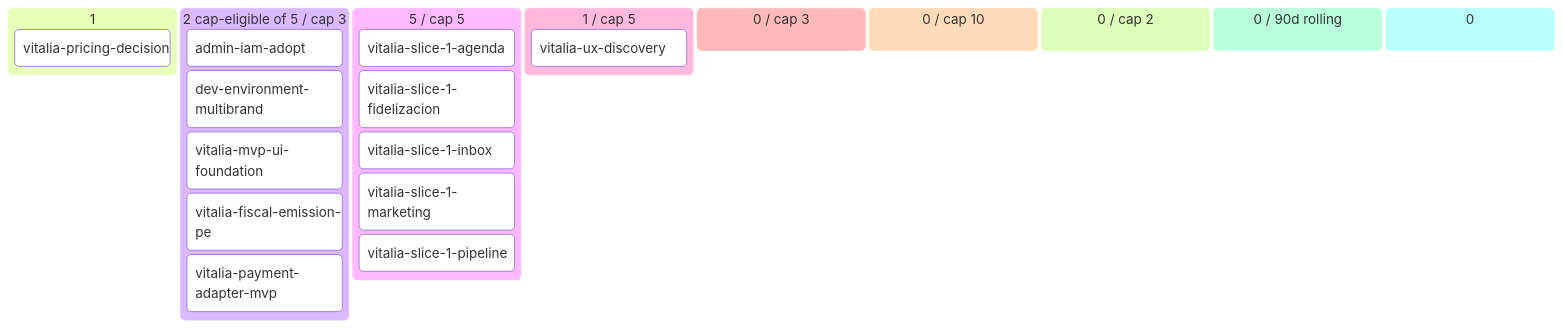
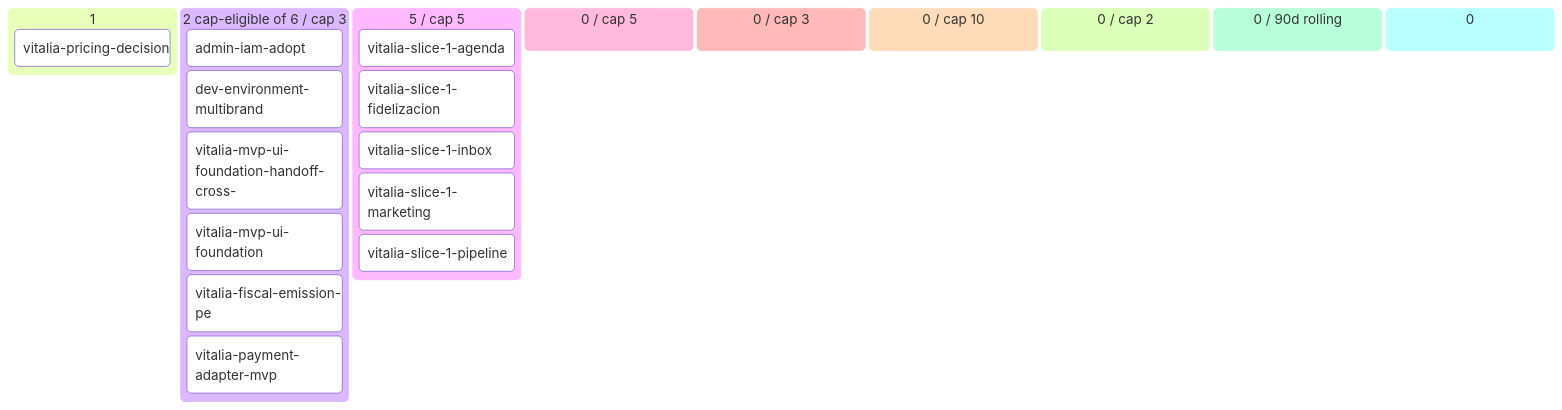
One commit to alpaca-purpura/luana-platform changed the diagram in vitalia/docs/product/BACKLOG.md. Above: the diagram before and after it, drawn with Mermaid. The commit also changed other lines of this file and 38 other files, not shown here.

First line of the commit message:
docs(vitalia): replan Slice 1 — ux-discovery done + olas 2+2+1 + pre-flight gates

````diff
--- a/vitalia/docs/product/BACKLOG.md
+++ b/vitalia/docs/product/BACKLOG.md
@@ -47,24 +48,24 @@
 ```mermaid
 kanban
   💡 Ideas (1)
     vitalia-pricing-decision[vitalia-pricing-decision]
-  🔬 Refining (2 cap-eligible of 5 / cap 3)
+  🔬 Refining (2 cap-eligible of 6 / cap 3)
     admin-iam-adopt[admin-iam-adopt]
     dev-environment-multibrand[dev-environment-multibrand]
+    vitalia-mvp-ui-foundation-hand[vitalia-mvp-ui-foundation-handoff-cross-]
     vitalia-mvp-ui-foundation[vitalia-mvp-ui-foundation]
     vitalia-fiscal-emission-pe[vitalia-fiscal-emission-pe]
     vitalia-payment-adapter-mvp[vitalia-payment-adapter-mvp]
   ✅ Refined (5 / cap 5)
     vitalia-slice-1-agenda[vitalia-slice-1-agenda]
     vitalia-slice-1-fidelizacion[vitalia-slice-1-fidelizacion]
     vitalia-slice-1-inbox[vitalia-slice-1-inbox]
     vitalia-slice-1-marketing[vitalia-slice-1-marketing]
     vitalia-slice-1-pipeline[vitalia-slice-1-pipeline]
-  📦 Ready (1 / cap 5)
-    vitalia-ux-discovery[vitalia-ux-discovery]
+  📦 Ready (0 / cap 5)
   🔨 Developing (0 / cap 3)
   🧪 Developed (0 / cap 10)
   🔍 Reviewing (0 / cap 2)
   ✅ Done (0 / 90d rolling)
   🅿 Parked (0)
 ```
````
